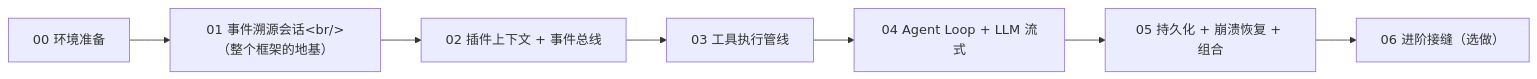
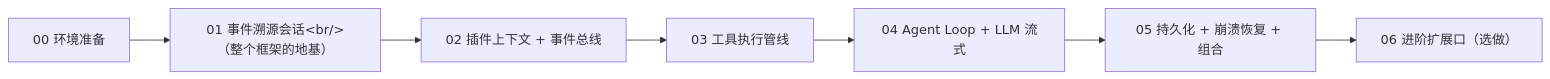
One commit to ZZKeepCurious/mini-deepseek-harness-python changed the diagram in docs/README.md. Above: the diagram before and after it, drawn with Mermaid. The commit also changed other lines of this file and 11 other files, not shown here.

````diff
--- a/docs/README.md
+++ b/docs/README.md
@@ -22,9 +22,9 @@
 ```mermaid
 flowchart LR
   A["00 环境准备"] --> B["01 事件溯源会话&lt;br/&gt;（整个框架的地基）"]
   B --> C["02 插件上下文 + 事件总线"]
   C --> D["03 工具执行管线"]
   D --> E["04 Agent Loop + LLM 流式"]
   E --> F["05 持久化 + 崩溃恢复 + 组合"]
-  F --> G["06 进阶接缝（选做）"]
+  F --> G["06 进阶扩展口（选做）"]
 ```
````
